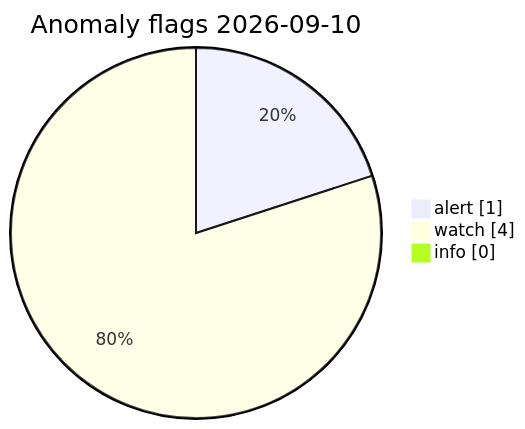
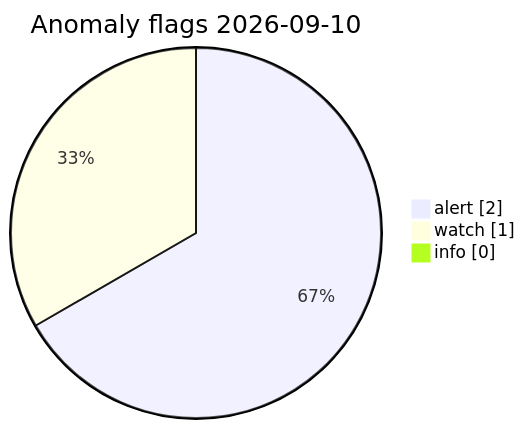
Before and after one commit to Midwest-Stratospheric/Unified-Open-Global-Weather: the diagram in visuals/2026-09-10/CHARTS.md, drawn with Mermaid. The commit also changed other lines of this file and 13 other files, not shown here.

Commit message:
data(visuals): automated charts 2026-09-10T13:44Z

````diff
--- a/visuals/2026-09-10/CHARTS.md
+++ b/visuals/2026-09-10/CHARTS.md
@@ -73,7 +73,7 @@
 ```mermaid
 pie showData
   title Anomaly flags 2026-09-10
-  "alert" : 1
-  "watch" : 4
+  "alert" : 2
+  "watch" : 1
   "info" : 0
 ```
````
